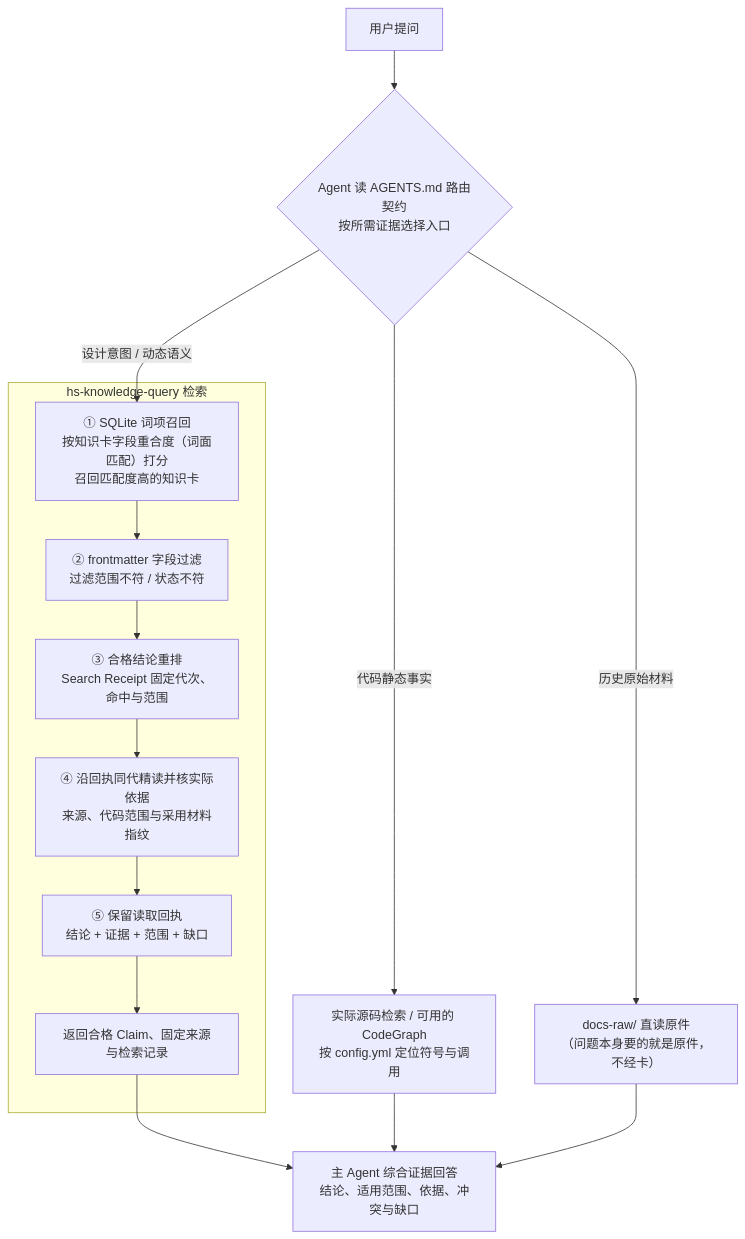
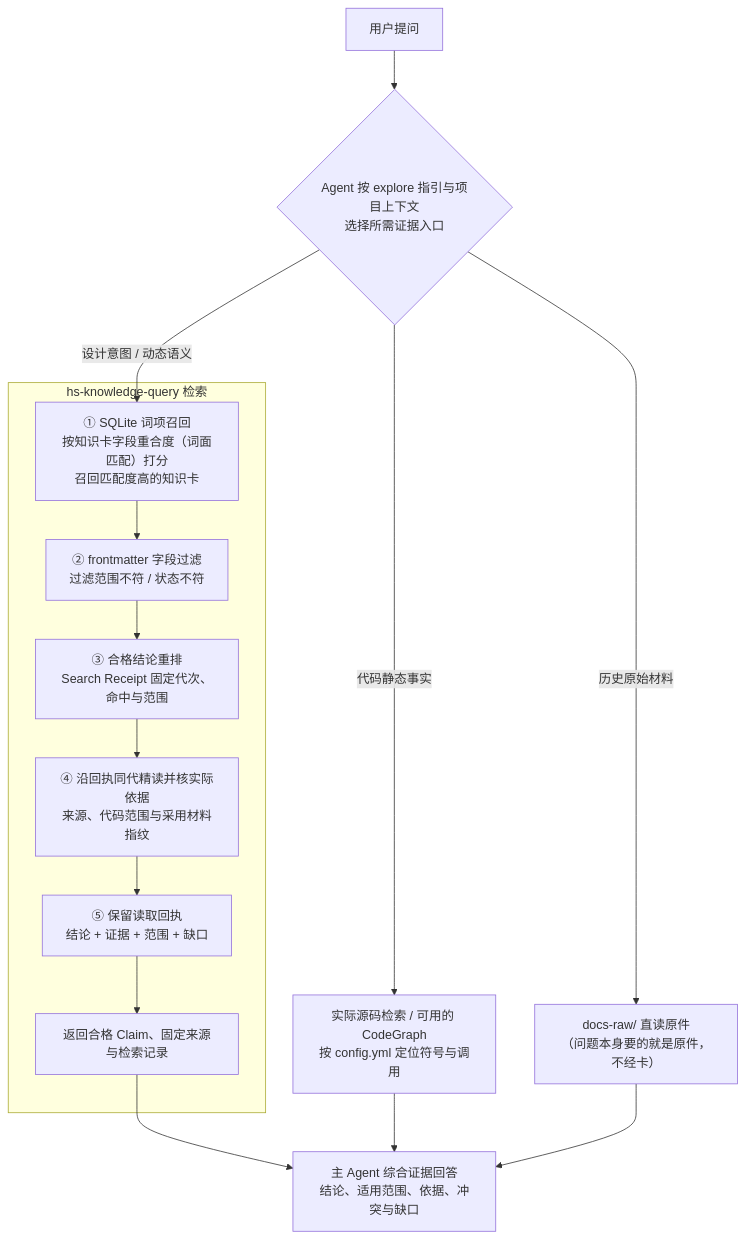
One commit to Robin-hhc/FactumCore changed the seventh of 7 diagrams in himate-knowledge-wifi-mp/docs-llm-wiki/HiMate知识库架构设计.md. Above: the diagram before and after it, drawn with Mermaid. The commit also changed other lines of this file and 15 other files, not shown here.

````diff
--- a/himate-knowledge-wifi-mp/docs-llm-wiki/HiMate知识库架构设计.md
+++ b/himate-knowledge-wifi-mp/docs-llm-wiki/HiMate知识库架构设计.md
@@ -460,20 +463,20 @@
 ```mermaid
 flowchart TB
-    Q["用户提问"] --> R{"Agent 读 AGENTS.md 路由契约<br />按所需证据选择入口"}
+    Q["用户提问"] --> R{"Agent 按 explore 指引与项目上下文<br />选择所需证据入口"}
 
     R -->|"代码静态事实"| CODE["实际源码检索 / 可用的 CodeGraph<br />按 config.yml 定位符号与调用"]
     R -->|"历史原始材料"| RAW["docs-raw/ 直读原件<br />（问题本身要的就是原件，不经卡）"]
 
     subgraph KQ["hs-knowledge-query 检索"]
         C["① SQLite 词项召回<br />按知识卡字段重合度（词面匹配）打分<br />召回匹配度高的知识卡"] --> D["② frontmatter 字段过滤<br />过滤范围不符 / 状态不符<br />"]
         D --> E["③ 合格结论重排<br />Search Receipt 固定代次、命中与范围"]
         E --> F["④ 沿回执同代精读并核实际依据<br />来源、代码范围与采用材料指纹"]
         F --> G["⑤ 保留读取回执<br />结论 + 证据 + 范围 + 缺口"]
         G --> H["返回合格 Claim、固定来源与检索记录"]
     end
 
     R -->|"设计意图 / 动态语义"| C
     H --> ANSWER["主 Agent 综合证据回答<br />结论、适用范围、依据、冲突与缺口"]
     CODE --> ANSWER
     RAW --> ANSWER
 ```
````
